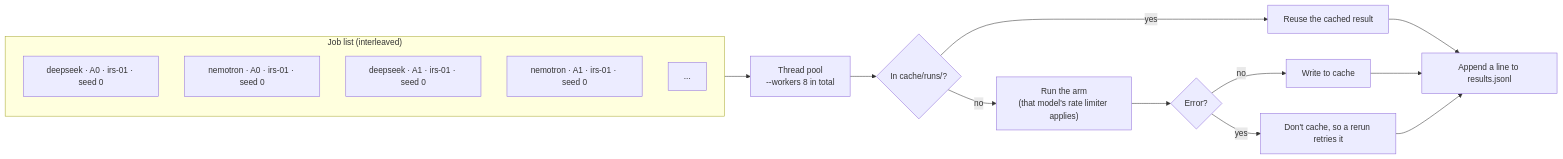
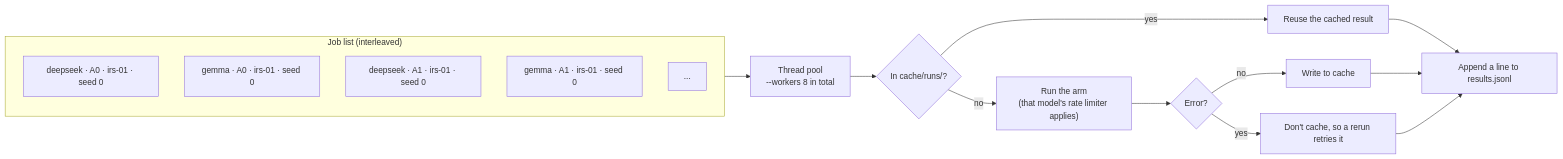
Diagram 12 of 15 in docs.md (sibi-seeni/trust-the-source), drawn with Mermaid before and after one commit. The commit also changed other lines of this file and 5 other files, not shown here.

First line of the commit message:
Swap Nemotron for Gemma 4 31B as the US open-weight sweep model

````diff
--- a/docs.md
+++ b/docs.md
@@ -365,20 +366,20 @@
 ```mermaid
 flowchart LR
     subgraph jobs["Job list (interleaved)"]
         J1["deepseek · A0 · irs-01 · seed 0"]
-        J2["nemotron · A0 · irs-01 · seed 0"]
+        J2["gemma · A0 · irs-01 · seed 0"]
         J3["deepseek · A1 · irs-01 · seed 0"]
-        J4["nemotron · A1 · irs-01 · seed 0"]
+        J4["gemma · A1 · irs-01 · seed 0"]
         J5["..."]
     end
     jobs --> POOL["Thread pool<br/>--workers 8 in total"]
     POOL --> C{In cache/runs/?}
     C -- yes --> USE[Reuse the cached result]
     C -- no --> RUN["Run the arm<br/>(that model's rate limiter applies)"]
     RUN --> OK{Error?}
     OK -- no --> SAVE[Write to cache]
     OK -- yes --> SKIP[Don't cache, so a rerun retries it]
     USE --> APP[Append a line to results.jsonl]
     SAVE --> APP
     SKIP --> APP
 ```
````
